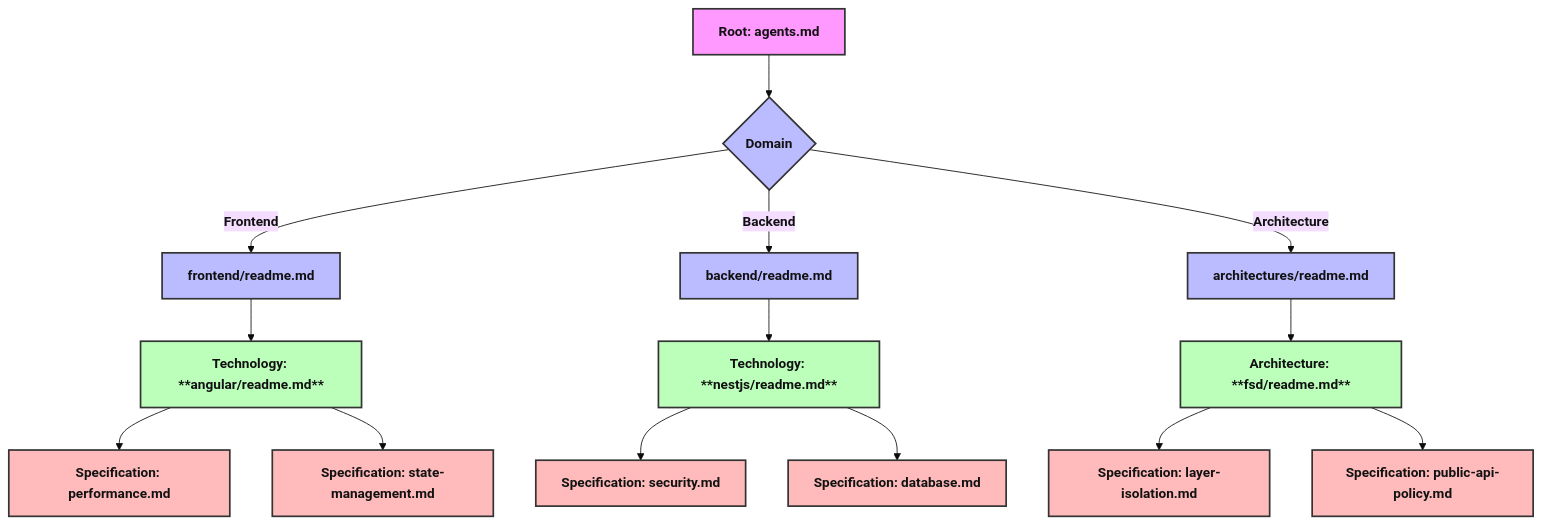
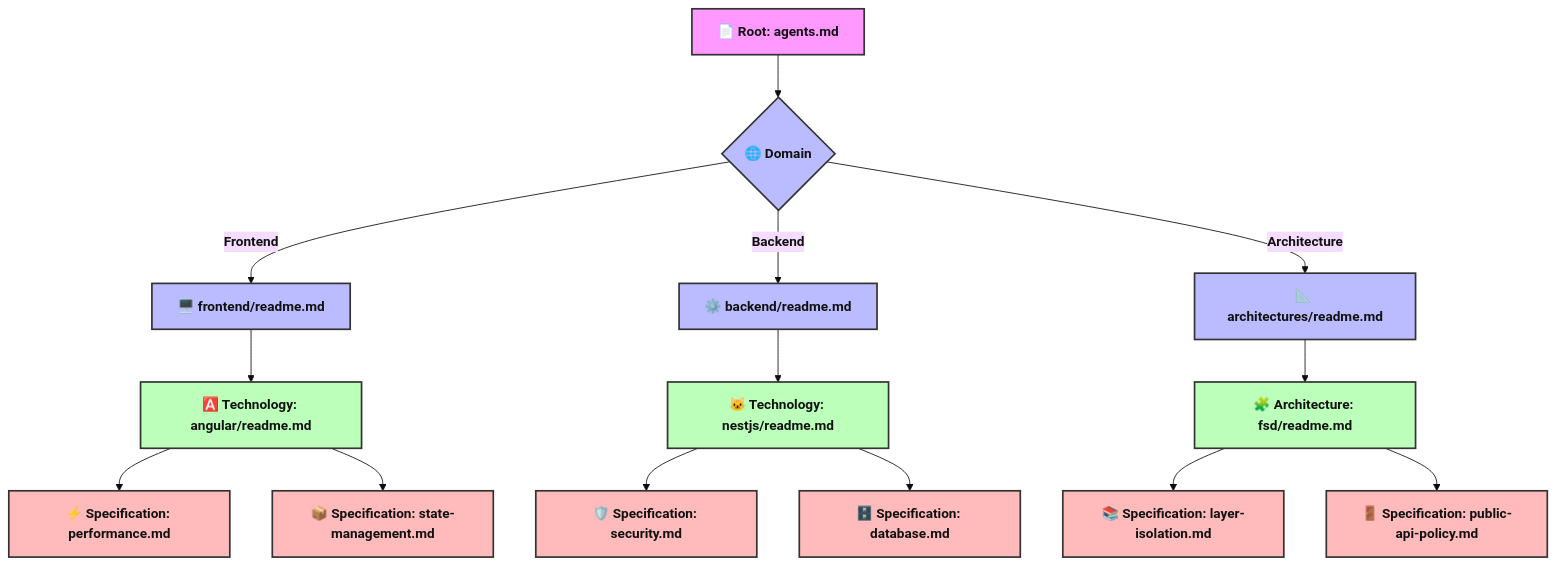
One commit to beginwebdev2002/best-practise changed the diagram in readme.md. Above: the diagram before and after it, drawn with Mermaid (base theme). The commit also changed other lines of this file and 1 other file, not shown here.

Commit message:
feat: Add a comprehensive guide to architectural patterns including FSD, Clean Architecture, MVC, Microservices, Hexagonal, and DDD.

````diff
--- a/readme.md
+++ b/readme.md
@@ -63,31 +63,46 @@
 ```mermaid
 graph TD
-    A[Root: agents.md] --> B{Domain}
-    B -->|Frontend| C1[frontend/readme.md]
-    B -->|Backend| C2[backend/readme.md]
-    B -->|Architecture|C3[architectures/readme.md]
+    A["📄 Root: agents.md"] --> B{"🌐 Domain"}
+    B -->|Frontend| C1["🖥️ frontend/readme.md"]
+    B -->|Backend| C2["⚙️ backend/readme.md"]
+    B -->|Architecture|C3["📐 architectures/readme.md"]
     
-    C1 --> D1[Technology: **angular/readme.md**]
-    C2 --> D2[Technology: **nestjs/readme.md**]
-    C3 --> D3[Architecture: **fsd/readme.md**]
+    C1 --> D1["🅰️ Technology: angular/readme.md"]
+    C2 --> D2["🐱 Technology: nestjs/readme.md"]
+    C3 --> D3["🧩 Architecture: fsd/readme.md"]
     
-    D1 --> E1[Specification: performance.md]
-    D1 --> E2[Specification: state-management.md]
+    D1 --> E1["⚡ Specification: performance.md"]
+    D1 --> E2["📦 Specification: state-management.md"]
     
-    D2 --> E3[Specification: security.md]
-    D2 --> E4[Specification: database.md]
+    D2 --> E3["🛡️ Specification: security.md"]
+    D2 --> E4["🗄️ Specification: database.md"]
 
-    D3 --> E5[Specification: layer-isolation.md]
-    D3 --> E6[Specification: public-api-policy.md]
+    D3 --> E5["📚 Specification: layer-isolation.md"]
+    D3 --> E6["🚪 Specification: public-api-policy.md"]
+    
+    %% Clickable Links
+    click A "agents.md"
+    click C1 "frontend/readme.md"
+    click C2 "backend/readme.md"
+    click C3 "architectures/readme.md"
+    click D1 "frontend/angular/readme.md"
+    click D2 "backend/nestjs/readme.md"
+    click D3 "architectures/fsd/readme.md"
+    click E1 "frontend/angular/performance.md"
+    click E2 "frontend/angular/state-management.md"
+    click E3 "backend/nestjs/security.md"
+    click E4 "backend/nestjs/database.md"
+    click E5 "architectures/fsd/layer-isolation.md"
+    click E6 "architectures/fsd/public-api-policy.md"
     
     %% Styling
     classDef root fill:#f9f,font-weight:bold,stroke:#333,stroke-width:2px,color:#111;
     classDef domain fill:#bbf,font-weight:bold,stroke:#333,stroke-width:2px,color:#111;
     classDef tech fill:#bfb,font-weight:bold,stroke:#333,stroke-width:2px,color:#111;
     classDef spec fill:#fbb,font-weight:bold,stroke:#333,stroke-width:2px,color:#111;
     
     class A root;
     class B,C1,C2,C3 domain;
     class D1,D2,D3 tech;
     class E1,E2,E3,E4,E5,E6 spec;
 ```
````
